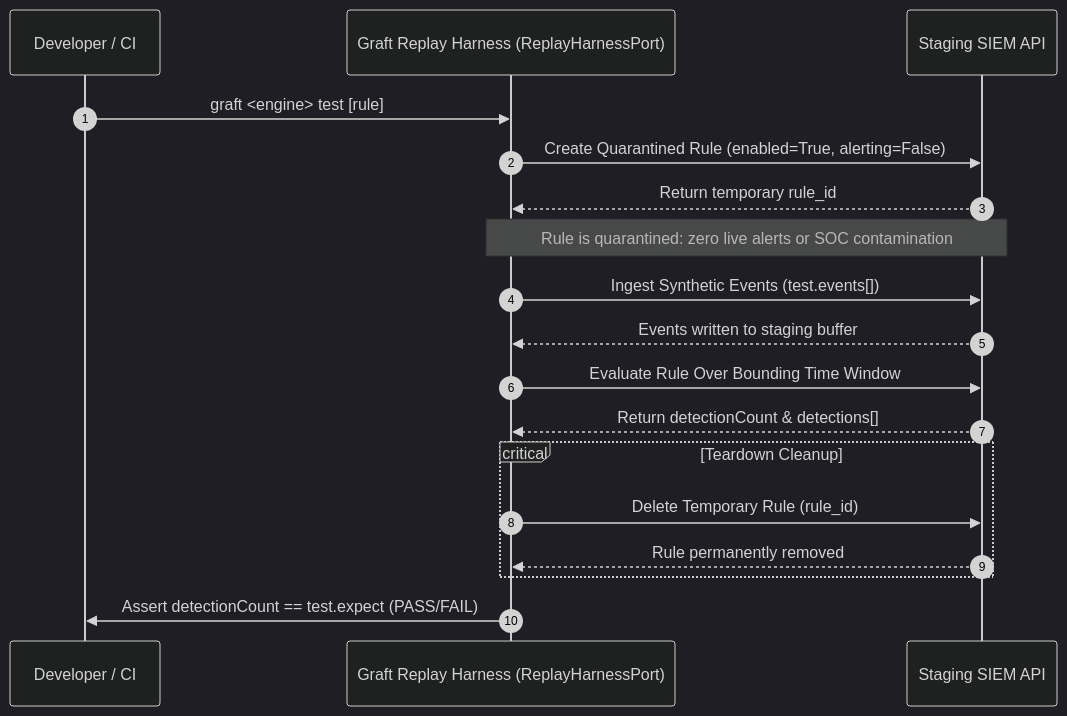
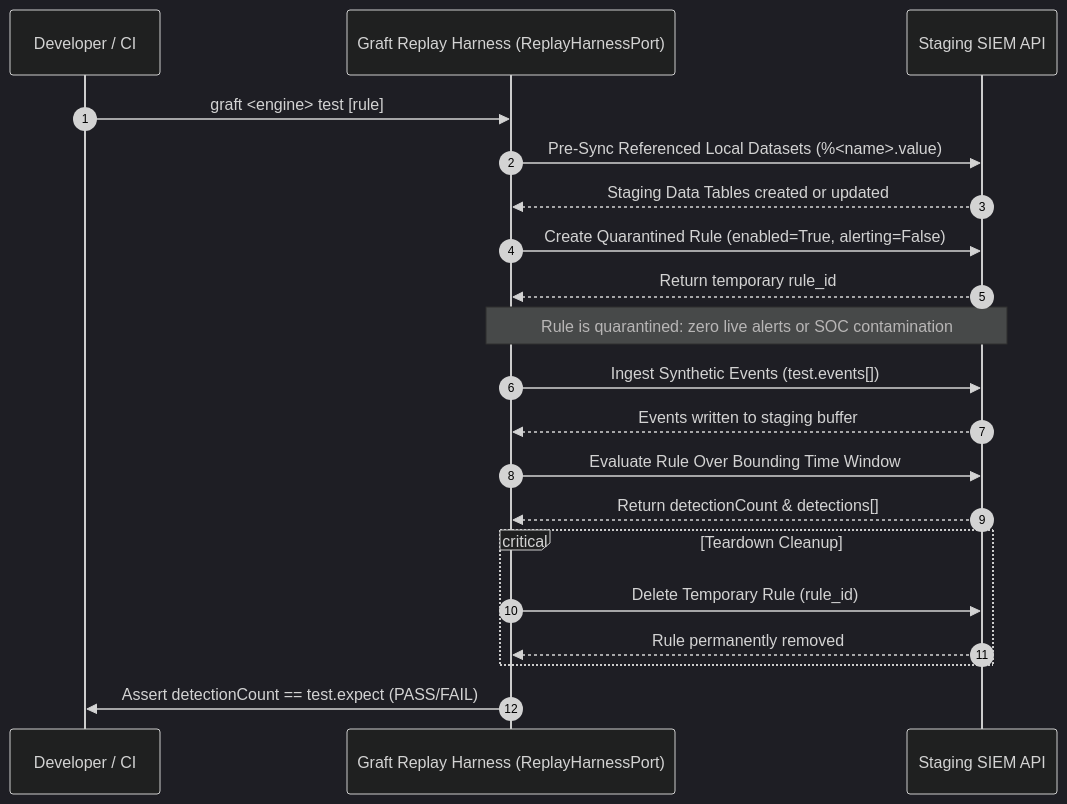
One commit to lopes/graft changed the diagram in docs/analysts/replay_testing.md. Above: the diagram before and after it, drawn with Mermaid (dark theme). The commit also changed other lines of this file and 48 other files, not shown here.

````diff
--- a/docs/analysts/replay_testing.md
+++ b/docs/analysts/replay_testing.md
@@ -15,25 +15,27 @@
 ```mermaid
 sequenceDiagram
     autonumber
     participant Dev as Developer / CI
     participant Graft as Graft Replay Harness (ReplayHarnessPort)
     participant API as Staging SIEM API
 
     Dev->>Graft: graft <engine> test [rule]
+    Graft->>API: Pre-Sync Referenced Local Datasets (%<name>.value)
+    API-->>Graft: Staging Data Tables created or updated
     Graft->>API: Create Quarantined Rule (enabled=True, alerting=False)
     API-->>Graft: Return temporary rule_id
     Note over Graft,API: Rule is quarantined: zero live alerts or SOC contamination
 
     Graft->>API: Ingest Synthetic Events (test.events[])
     API-->>Graft: Events written to staging buffer
 
     Graft->>API: Evaluate Rule Over Bounding Time Window
     API-->>Graft: Return detectionCount & detections[]
 
     critical Teardown Cleanup
         Graft->>API: Delete Temporary Rule (rule_id)
         API-->>Graft: Rule permanently removed
     end
 
     Graft->>Dev: Assert detectionCount == test.expect (PASS/FAIL)
 ```
````
